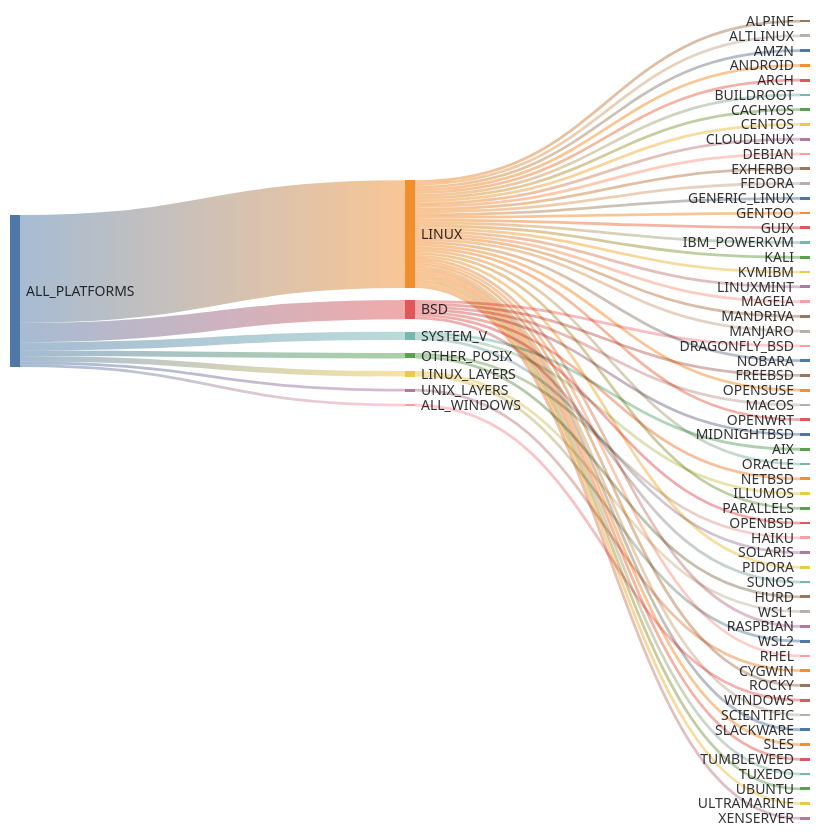
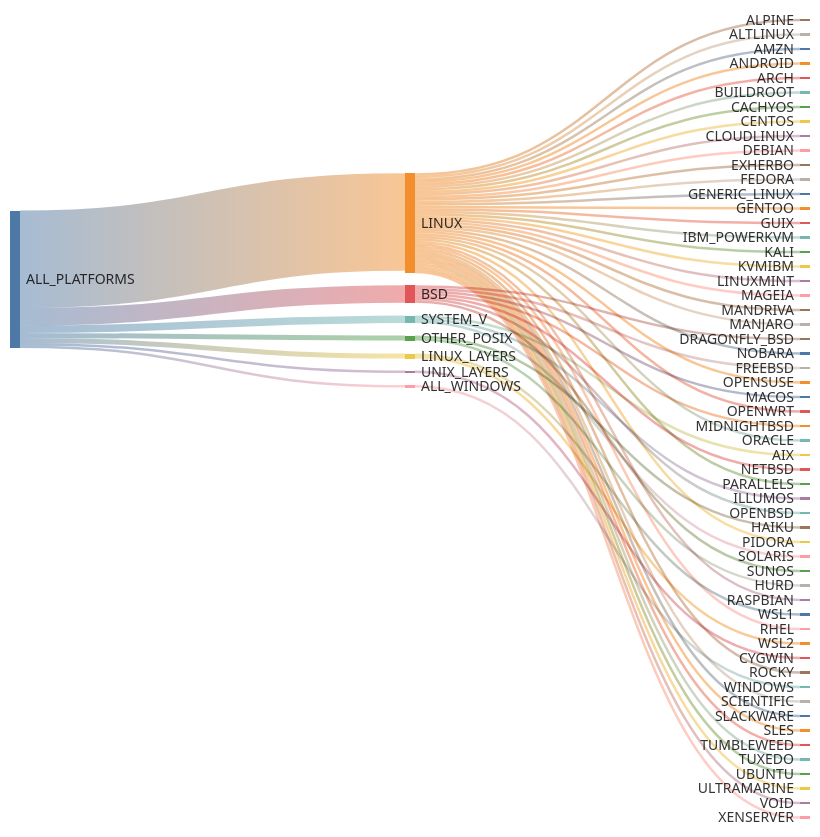
Before and after one commit to kdeldycke/extra-platforms: the first of 2 diagrams in docs/platforms.md, drawn with Mermaid. The commit also changed other lines of this file and 11 other files, not shown here.

Commit message:
Add Void Linux platform

````diff
--- a/docs/platforms.md
+++ b/docs/platforms.md
@@ -156,69 +157,70 @@
 ```mermaid
 ---
 config: {"sankey": {"showValues": false, "width": 800, "height": 800}}
 ---
 sankey-beta
 
 ALL_PLATFORMS,LINUX,39
 ALL_PLATFORMS,BSD,7
 ALL_PLATFORMS,SYSTEM_V,3
 ALL_PLATFORMS,OTHER_POSIX,2
 ALL_PLATFORMS,LINUX_LAYERS,2
 ALL_PLATFORMS,UNIX_LAYERS,1
 ALL_PLATFORMS,ALL_WINDOWS,1
 LINUX,ALPINE,1
 LINUX,ALTLINUX,1
 LINUX,AMZN,1
 LINUX,ANDROID,1
 LINUX,ARCH,1
 LINUX,BUILDROOT,1
 LINUX,CACHYOS,1
 LINUX,CENTOS,1
 LINUX,CLOUDLINUX,1
 LINUX,DEBIAN,1
 LINUX,EXHERBO,1
 LINUX,FEDORA,1
 LINUX,GENERIC_LINUX,1
 LINUX,GENTOO,1
 LINUX,GUIX,1
 LINUX,IBM_POWERKVM,1
 LINUX,KALI,1
 LINUX,KVMIBM,1
 LINUX,LINUXMINT,1
 LINUX,MAGEIA,1
 LINUX,MANDRIVA,1
 LINUX,MANJARO,1
 LINUX,NOBARA,1
 LINUX,OPENSUSE,1
 LINUX,OPENWRT,1
 LINUX,ORACLE,1
 LINUX,PARALLELS,1
 LINUX,PIDORA,1
 LINUX,RASPBIAN,1
 LINUX,RHEL,1
 LINUX,ROCKY,1
 LINUX,SCIENTIFIC,1
 LINUX,SLACKWARE,1
 LINUX,SLES,1
 LINUX,TUMBLEWEED,1
 LINUX,TUXEDO,1
 LINUX,UBUNTU,1
 LINUX,ULTRAMARINE,1
+LINUX,VOID,1
 LINUX,XENSERVER,1
 BSD,DRAGONFLY_BSD,1
 BSD,FREEBSD,1
 BSD,MACOS,1
 BSD,MIDNIGHTBSD,1
 BSD,NETBSD,1
 BSD,OPENBSD,1
 BSD,SUNOS,1
 SYSTEM_V,AIX,1
 SYSTEM_V,ILLUMOS,1
 SYSTEM_V,SOLARIS,1
 OTHER_POSIX,HAIKU,1
 OTHER_POSIX,HURD,1
 LINUX_LAYERS,WSL1,1
 LINUX_LAYERS,WSL2,1
 UNIX_LAYERS,CYGWIN,1
 ALL_WINDOWS,WINDOWS,1
 ```
````
